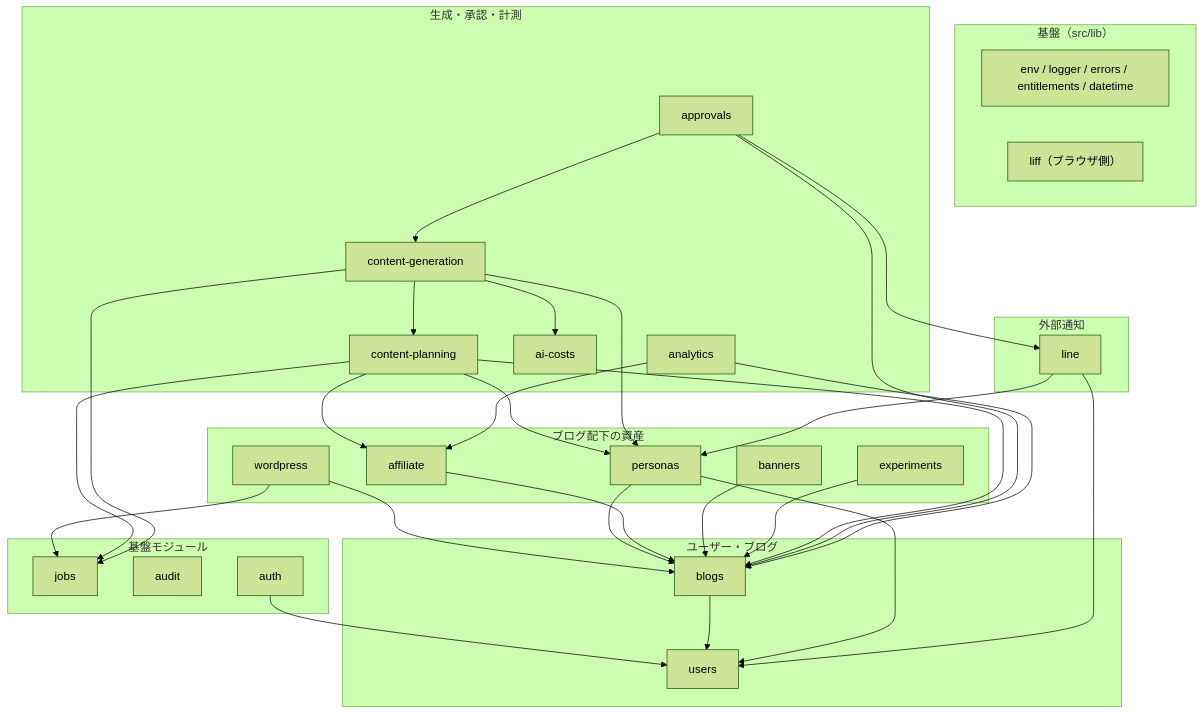
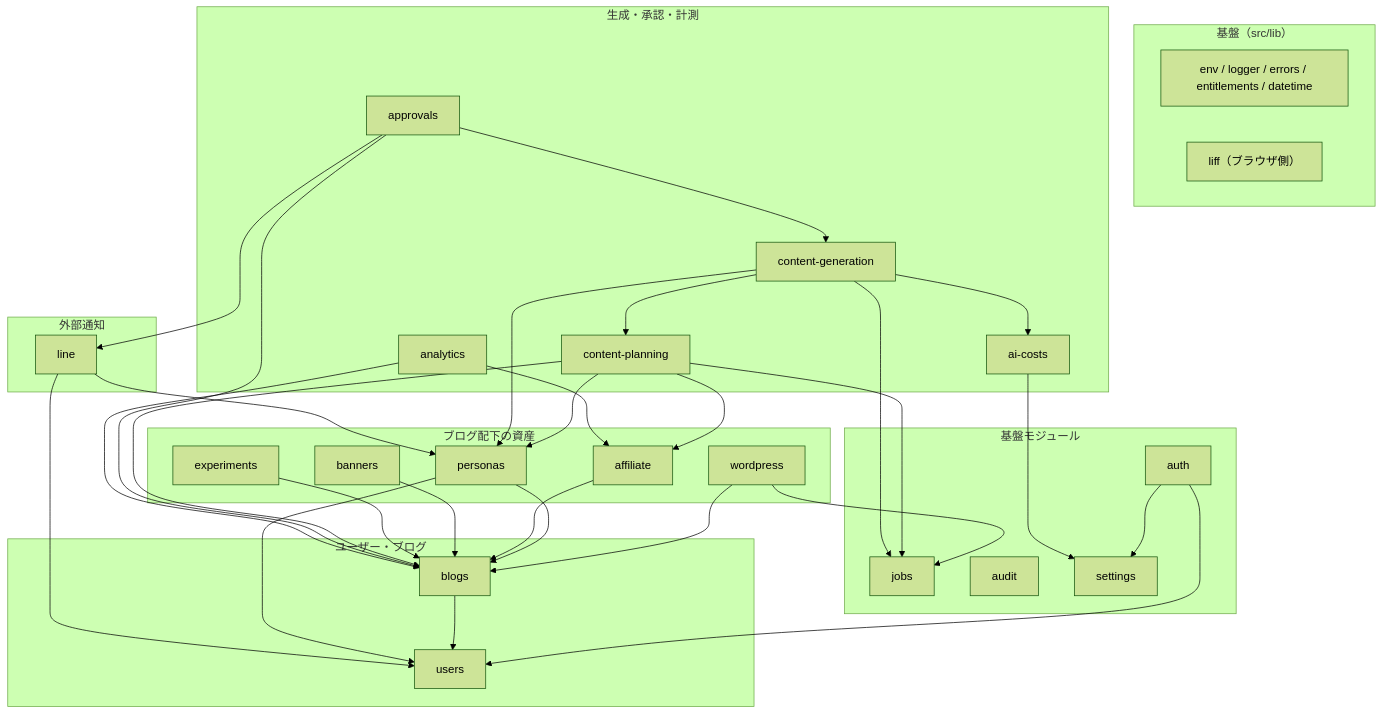
Before and after one commit to stockbusiness/bunshin-blog: the diagram in docs/MODULE_RULES.md, drawn with Mermaid (forest theme). The commit also changed other lines of this file and 9 other files, not shown here.

````diff
--- a/docs/MODULE_RULES.md
+++ b/docs/MODULE_RULES.md
@@ -135,63 +136,66 @@
 ```mermaid
 graph TD
   subgraph L0["基盤（src/lib）"]
     lib["env / logger / errors / entitlements / datetime"]
     libc["liff（ブラウザ側）"]
   end
 
   subgraph L1["基盤モジュール"]
     jobs
     audit
     auth
+    settings
   end
 
   subgraph L2["ユーザー・ブログ"]
     users
     blogs
   end
 
   subgraph L3["ブログ配下の資産"]
     wordpress
     personas
     affiliate
     banners
     experiments
   end
 
   subgraph L4["生成・承認・計測"]
     cp["content-planning"]
     cg["content-generation"]
     approvals
     analytics
     costs["ai-costs"]
   end
 
   subgraph L5["外部通知"]
     line
   end
 
   auth --> users
   blogs --> users
   wordpress --> blogs
   personas --> users
   personas --> blogs
   affiliate --> blogs
   banners --> blogs
   experiments --> blogs
   wordpress --> jobs
   cp --> blogs
   cp --> affiliate
   cp --> personas
   cp --> jobs
   cg --> cp
   cg --> personas
   cg --> costs
   cg --> jobs
   approvals --> cg
   approvals --> blogs
   approvals --> line
   analytics --> blogs
   analytics --> affiliate
   line --> users
   line --> personas
+  auth --> settings
+  costs --> settings
 ```
````
